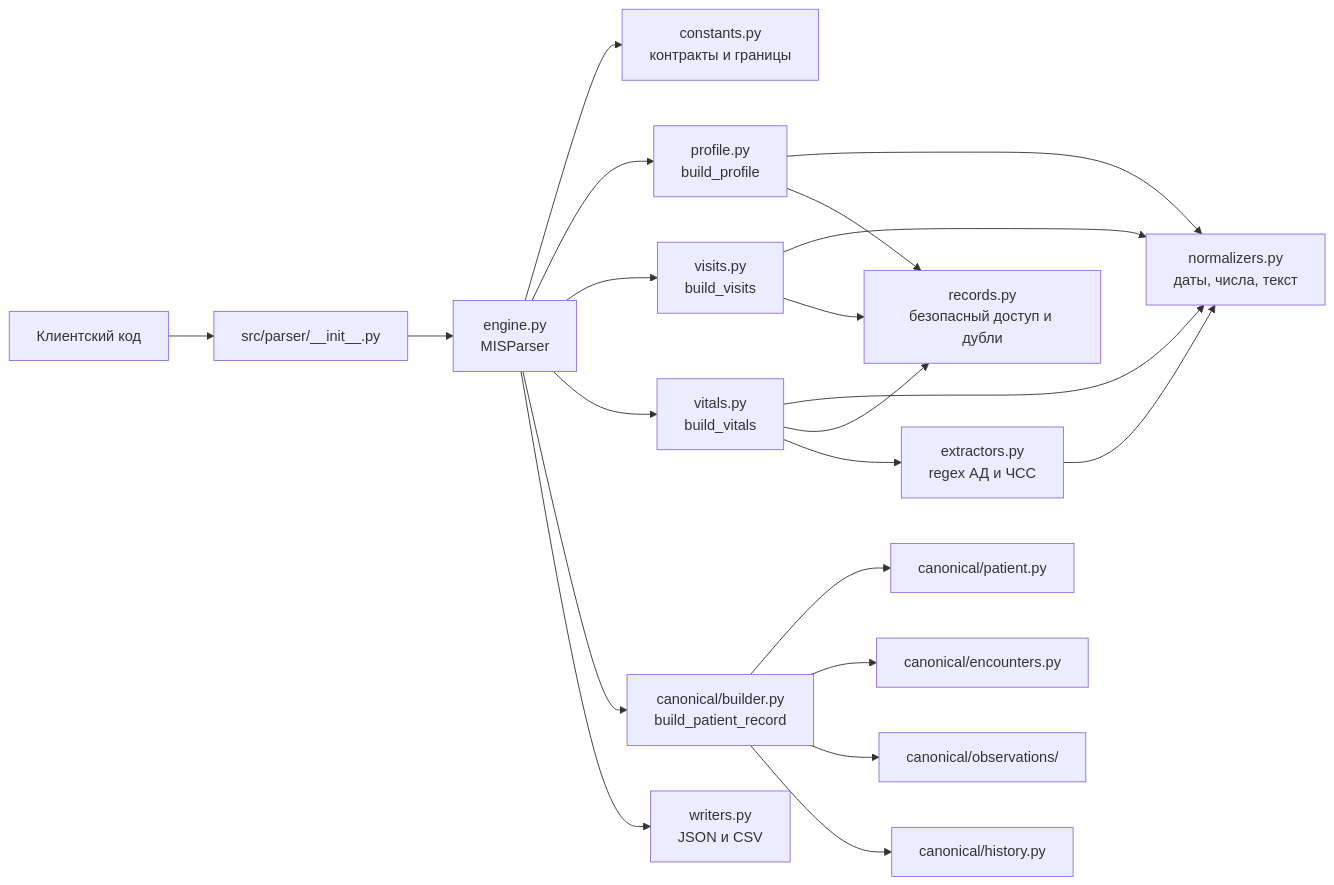
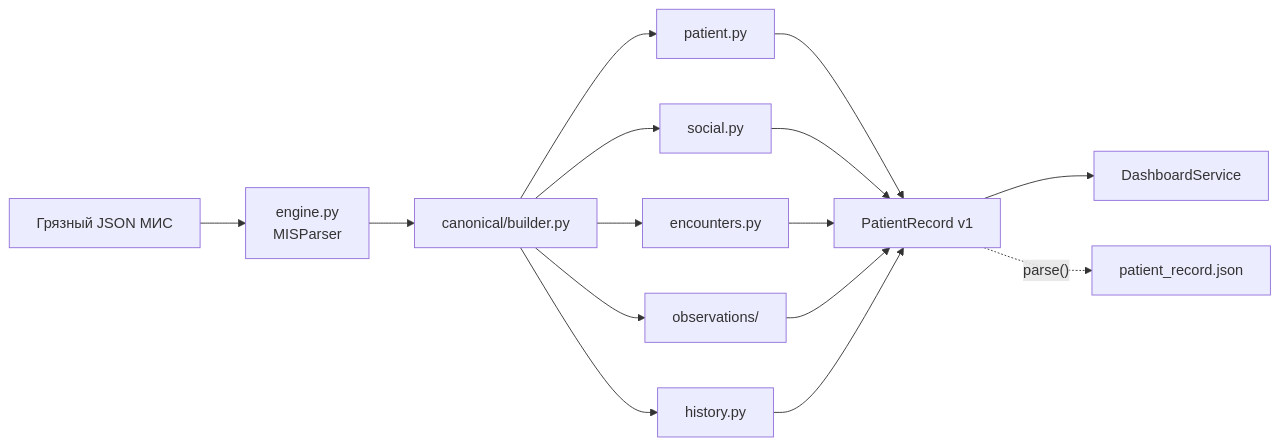
The first of 2 diagrams in docs/parser.md (rsul07/MISDash), drawn with Mermaid before and after one commit. The commit also changed other lines of this file and 12 other files, not shown here.

````diff
--- a/docs/parser.md
+++ b/docs/parser.md
@@ -32,28 +33,17 @@
 ```mermaid
 flowchart LR
-    User[Клиентский код] --> Init[src/parser/__init__.py]
-    Init --> Engine[engine.py<br/>MISParser]
-
-    Engine --> Constants[constants.py<br/>контракты и границы]
-    Engine --> Profile[profile.py<br/>build_profile]
-    Engine --> Visits[visits.py<br/>build_visits]
-    Engine --> Vitals[vitals.py<br/>build_vitals]
-    Engine --> Builder[canonical/builder.py<br/>build_patient_record]
-    Engine --> Writers[writers.py<br/>JSON и CSV]
-
-    Builder --> Patient[canonical/patient.py]
-    Builder --> Encounters[canonical/encounters.py]
-    Builder --> Observations[canonical/observations/]
-    Builder --> History[canonical/history.py]
-
-    Profile --> Normalizers[normalizers.py<br/>даты, числа, текст]
-    Profile --> Records[records.py<br/>безопасный доступ и дубли]
-
-    Visits --> Normalizers
-    Visits --> Records
-
-    Vitals --> Normalizers
-    Vitals --> Records
-    Vitals --> Extractors[extractors.py<br/>regex АД и ЧСС]
-    Extractors --> Normalizers
+    JSON[Грязный JSON МИС] --> Engine[engine.py<br/>MISParser]
+    Engine --> Builder[canonical/builder.py]
+    Builder --> Patient[patient.py]
+    Builder --> Social[social.py]
+    Builder --> Encounters[encounters.py]
+    Builder --> Observations[observations/]
+    Builder --> History[history.py]
+    Patient --> Record[PatientRecord v1]
+    Social --> Record
+    Encounters --> Record
+    Observations --> Record
+    History --> Record
+    Record --> Backend[DashboardService]
+    Record -. parse() .-> JSONOut[patient_record.json]
 ```
````
